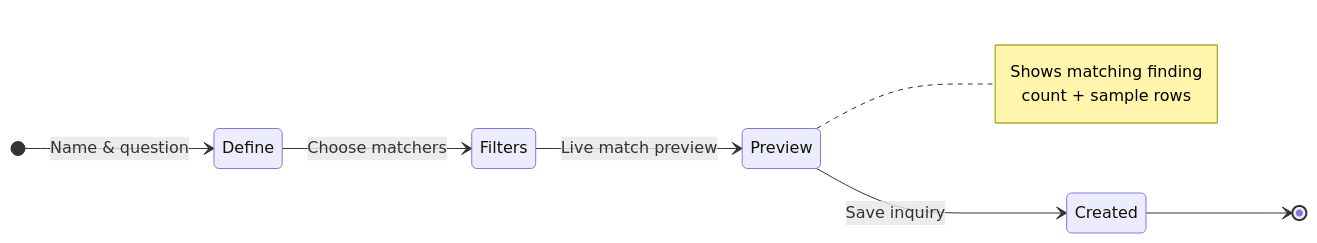
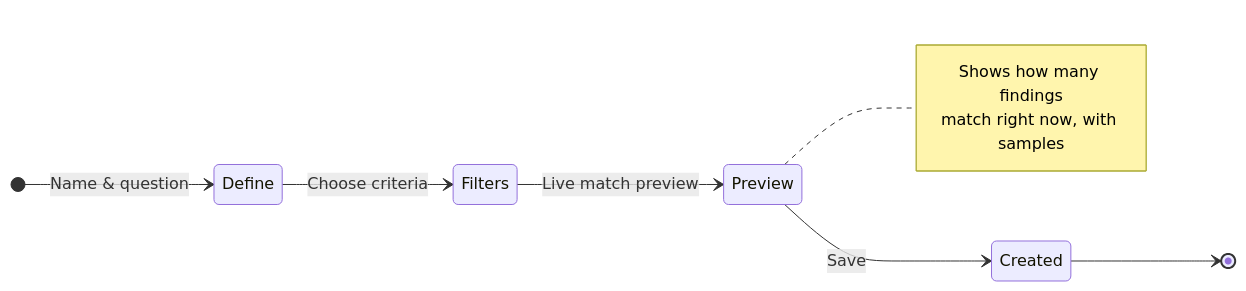
The second of 3 diagrams in apps/docs/app/flow/investigations/inquiry/page.mdx (classifyre/classifyre), drawn with Mermaid before and after one commit. The commit also changed other lines of this file and 31 other files, not shown here.

````diff
--- a/apps/docs/app/flow/investigations/inquiry/page.mdx
+++ b/apps/docs/app/flow/investigations/inquiry/page.mdx
@@ -41,14 +51,14 @@
 ```mermaid
 stateDiagram-v2
     direction LR
     [*] --> Define: Name & question
-    Define --> Filters: Choose matchers
+    Define --> Filters: Choose criteria
     Filters --> Preview: Live match preview
-    Preview --> Created: Save inquiry
+    Preview --> Created: Save
     Created --> [*]
 
     note right of Preview
-        Shows matching finding
-        count + sample rows
+        Shows how many findings
+        match right now, with samples
     end note
 ```
````
